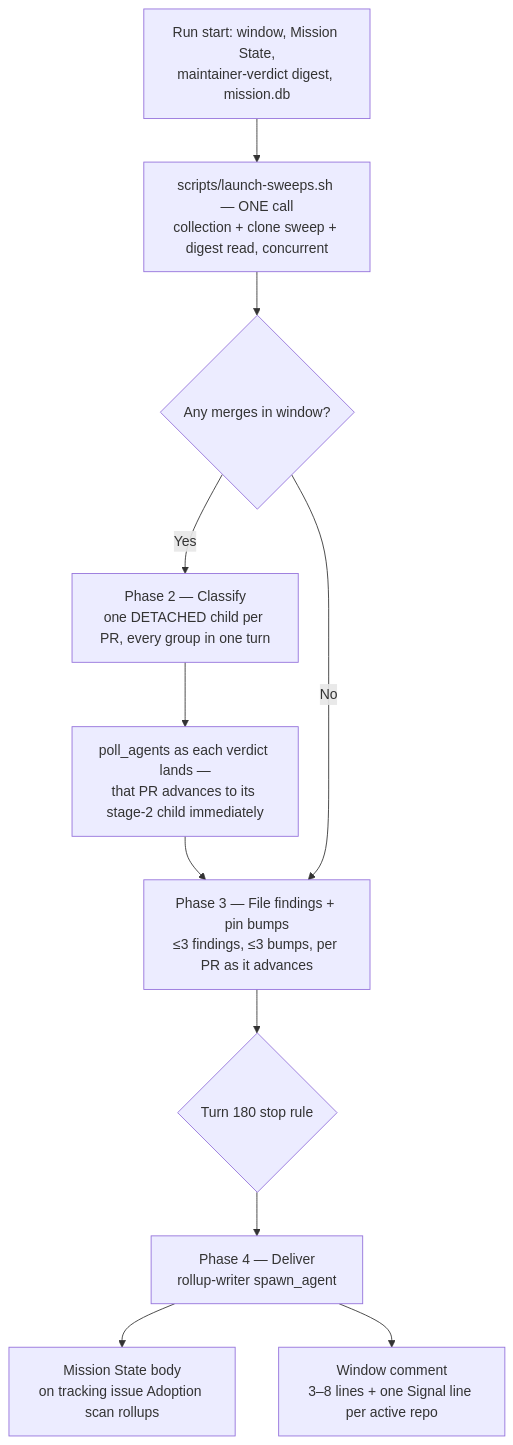
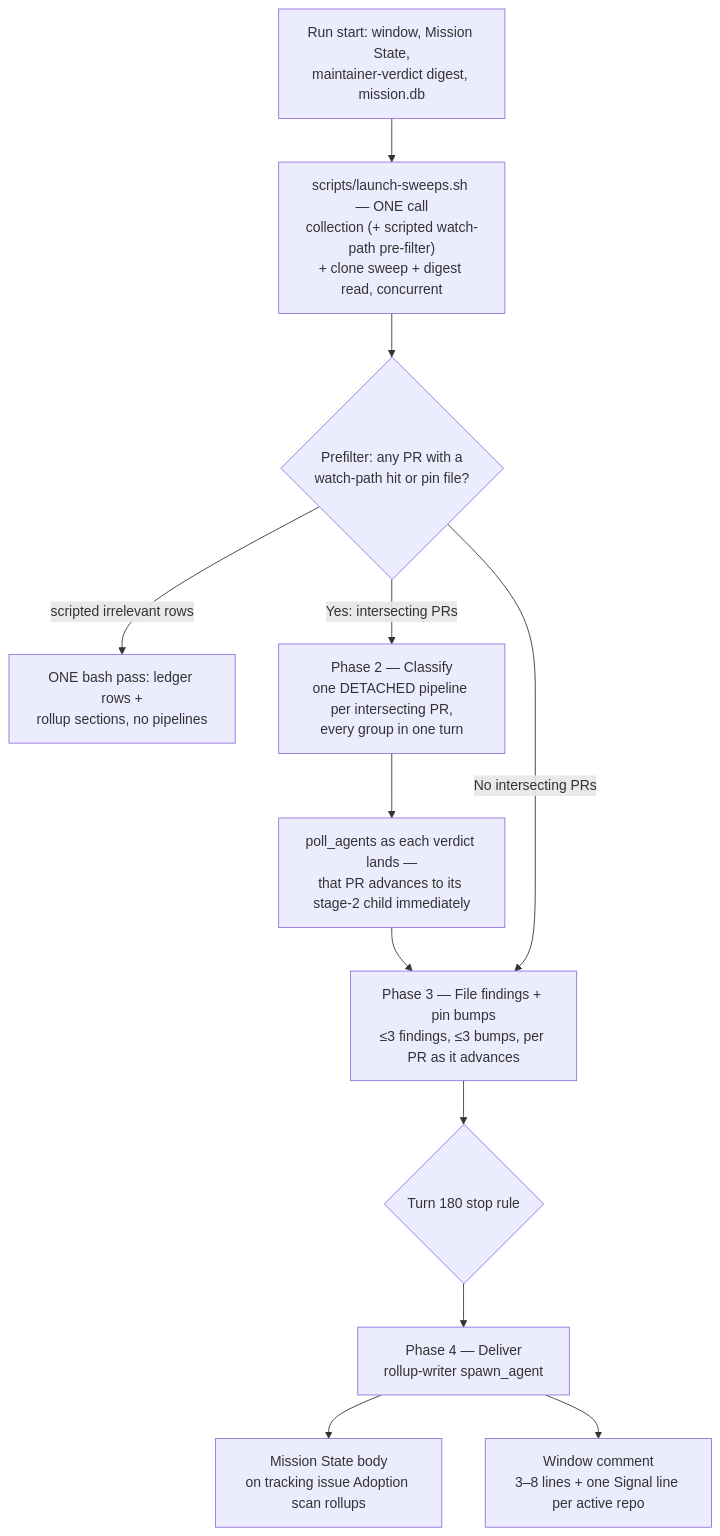
The second of 12 diagrams in docs/workflow-diagrams.md (ahmedhosnypro/craft-libs-adoption), drawn with Mermaid before and after one commit. The commit also changed other lines of this file and 5 other files, not shown here.

````diff
--- a/docs/workflow-diagrams.md
+++ b/docs/workflow-diagrams.md
@@ -68,13 +68,14 @@
 ```mermaid
 flowchart TD
-    Init["Run start: window, Mission State,<br/>maintainer-verdict digest, mission.db"] --> Sweep["scripts/launch-sweeps.sh — ONE call<br/>collection + clone sweep + digest read, concurrent"]
-    Sweep --> Zero{"Any merges in window?"}
-    Zero -->|Yes| P2["Phase 2 — Classify<br/>one DETACHED child per PR, every group in one turn"]
+    Init["Run start: window, Mission State,<br/>maintainer-verdict digest, mission.db"] --> Sweep["scripts/launch-sweeps.sh — ONE call<br/>collection (+ scripted watch-path pre-filter)<br/>+ clone sweep + digest read, concurrent"]
+    Sweep --> Pre{"Prefilter: any PR with a<br/>watch-path hit or pin file?"}
+    Pre -->|scripted irrelevant rows| Record["ONE bash pass: ledger rows +<br/>rollup sections, no pipelines"]
+    Pre -->|Yes: intersecting PRs| P2["Phase 2 — Classify<br/>one DETACHED pipeline per intersecting PR,<br/>every group in one turn"]
     P2 --> Poll["poll_agents as each verdict lands —<br/>that PR advances to its stage-2 child immediately"]
     Poll --> P3["Phase 3 — File findings + pin bumps<br/>≤3 findings, ≤3 bumps, per PR as it advances"]
-    Zero -->|No| P3
+    Pre -->|No intersecting PRs| P3
     P3 --> Stop{"Turn 180 stop rule"}
     Stop --> P4["Phase 4 — Deliver<br/>rollup-writer spawn_agent"]
     P4 --> Body["Mission State body<br/>on tracking issue Adoption scan rollups"]
     P4 --> Comment["Window comment<br/>3–8 lines + one Signal line per active repo"]
 ```
````
